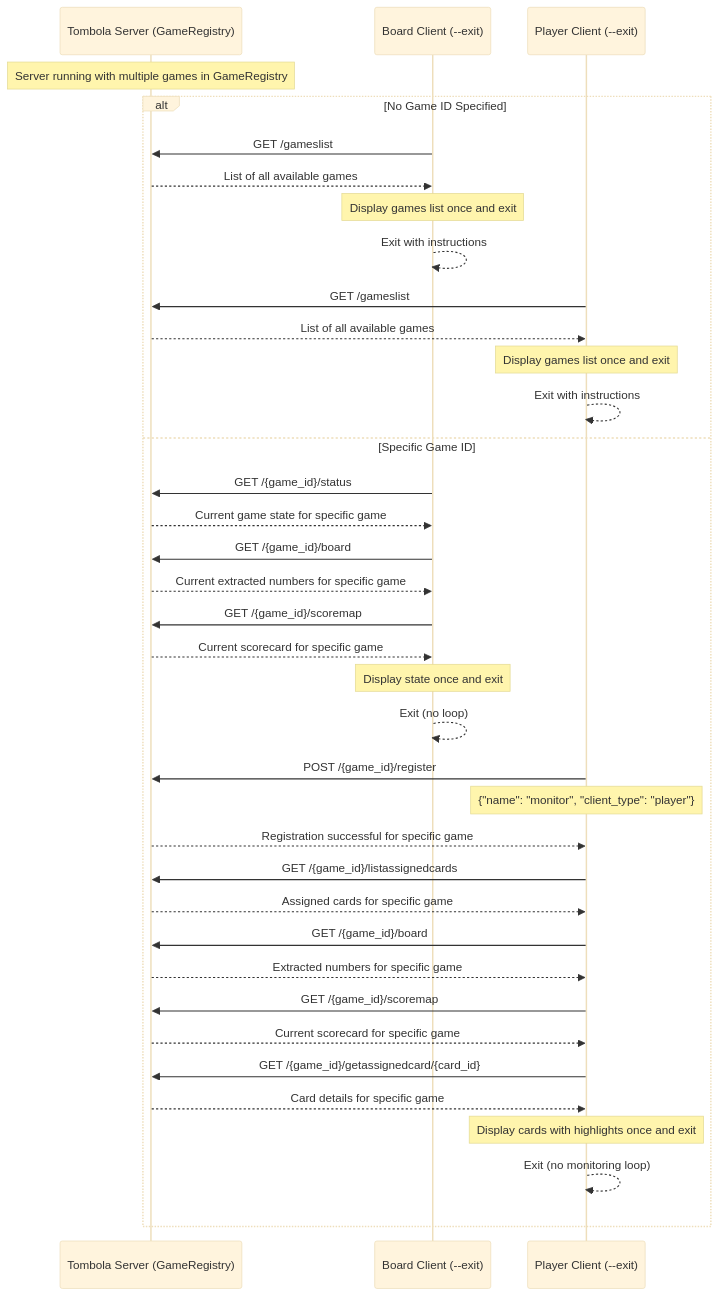
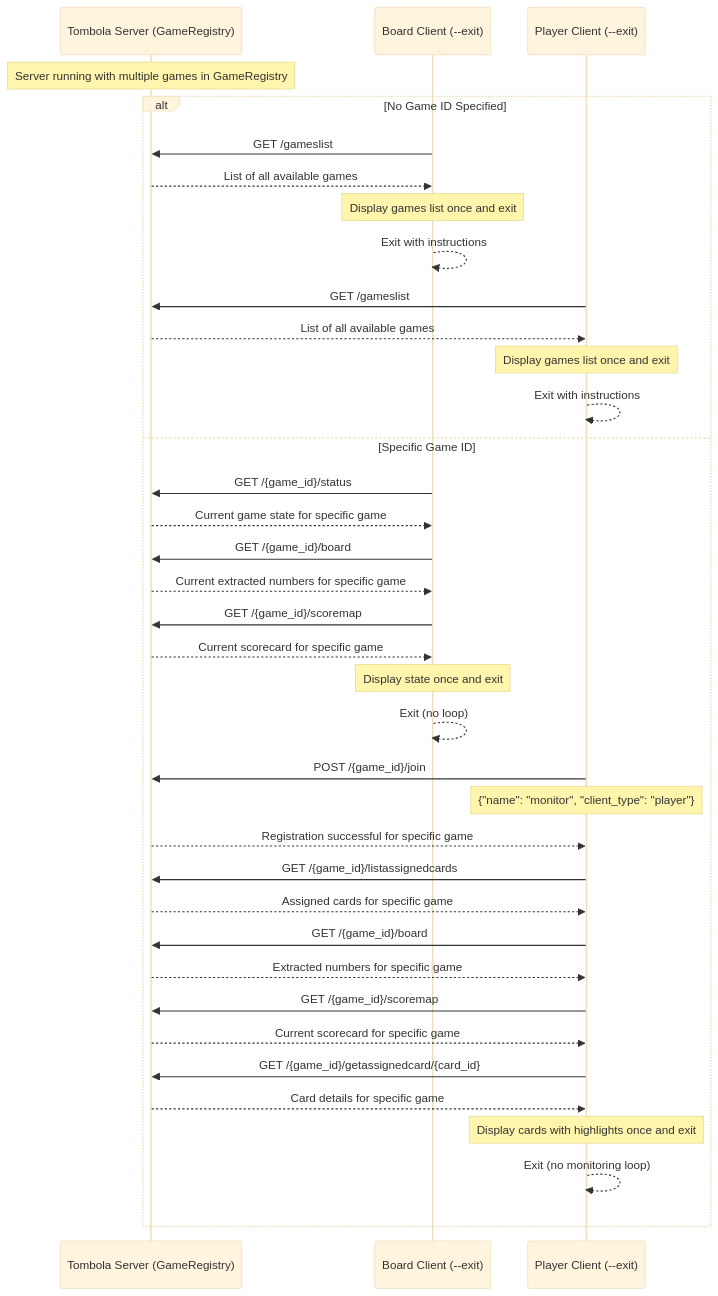
The seventh of 11 diagrams in docs/FLOWS.md (badbat75/tombola), drawn with Mermaid (base theme) before and after one commit. The commit also changed other lines of this file and 14 other files, not shown here.

````diff
--- a/docs/FLOWS.md
+++ b/docs/FLOWS.md
@@ -196,51 +196,51 @@
 ```mermaid
 sequenceDiagram
     participant S as Tombola Server (GameRegistry)
     participant BC as Board Client (--exit)
     participant PC as Player Client (--exit)
 
     Note over S: Server running with multiple games in GameRegistry
 
     alt No Game ID Specified
         BC->>S: GET /gameslist
         S-->>BC: List of all available games
         Note over BC: Display games list once and exit
         BC-->>BC: Exit with instructions
 
         PC->>S: GET /gameslist
         S-->>PC: List of all available games
         Note over PC: Display games list once and exit
         PC-->>PC: Exit with instructions
     else Specific Game ID
         BC->>S: GET /{game_id}/status
         S-->>BC: Current game state for specific game
 
         BC->>S: GET /{game_id}/board
         S-->>BC: Current extracted numbers for specific game
 
         BC->>S: GET /{game_id}/scoremap
         S-->>BC: Current scorecard for specific game
 
         Note over BC: Display state once and exit
         BC-->>BC: Exit (no loop)
 
-        PC->>S: POST /{game_id}/register
+        PC->>S: POST /{game_id}/join
         Note over PC: {"name": "monitor", "client_type": "player"}
         S-->>PC: Registration successful for specific game
 
         PC->>S: GET /{game_id}/listassignedcards
         S-->>PC: Assigned cards for specific game
 
         PC->>S: GET /{game_id}/board
         S-->>PC: Extracted numbers for specific game
 
         PC->>S: GET /{game_id}/scoremap
         S-->>PC: Current scorecard for specific game
 
         PC->>S: GET /{game_id}/getassignedcard/{card_id}
         S-->>PC: Card details for specific game
 
         Note over PC: Display cards with highlights once and exit
         PC-->>PC: Exit (no monitoring loop)
     end
 ```
````
